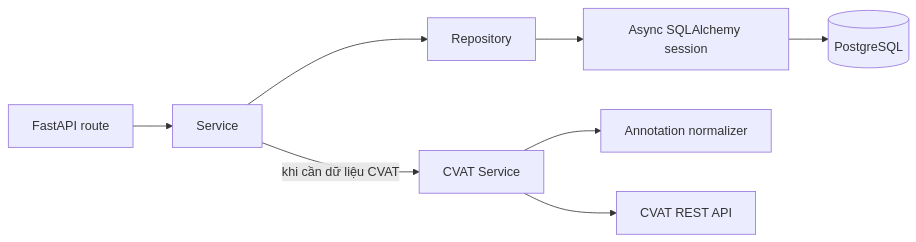
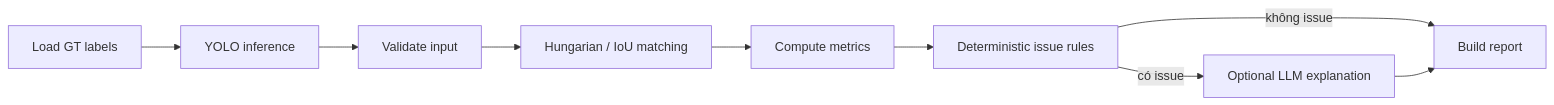
The third of 4 diagrams in ARCHITECTURE.md (DuyKhanh29104/ProjectAI-VinUni), drawn with Mermaid before and after one commit. The commit also changed other lines of this file and 282 other files, not shown here.

````diff
--- a/ARCHITECTURE.md
+++ b/ARCHITECTURE.md
@@ -137,10 +233,11 @@
 ```mermaid
 flowchart LR
-    ROUTE[FastAPI route] --> SERVICE[Service]
-    SERVICE --> REPOSITORY[Repository]
-    REPOSITORY --> SESSION[Async SQLAlchemy session]
-    SESSION --> DB[(PostgreSQL)]
-    SERVICE -->|khi cần dữ liệu CVAT| CVATSERVICE[CVAT Service]
-    CVATSERVICE --> NORMALIZER[Annotation normalizer]
-    CVATSERVICE --> CVAT[CVAT REST API]
+    LOAD[Load GT labels] --> YOLO[YOLO inference]
+    YOLO --> VALIDATE[Validate input]
+    VALIDATE --> MATCH[Hungarian / IoU matching]
+    MATCH --> METRICS[Compute metrics]
+    METRICS --> FLAGS[Deterministic issue rules]
+    FLAGS -->|có issue| LLM[Optional LLM explanation]
+    FLAGS -->|không issue| REPORT[Build report]
+    LLM --> REPORT
 ```
````
